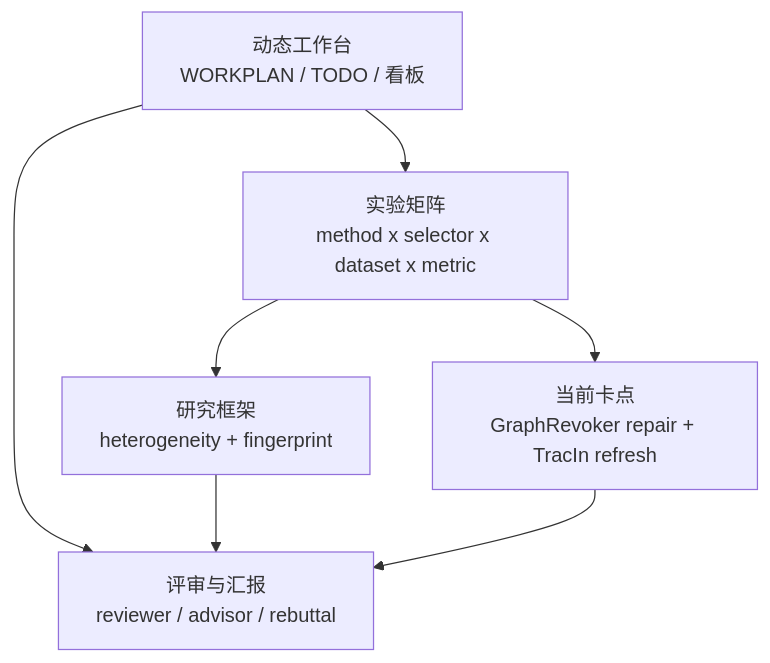
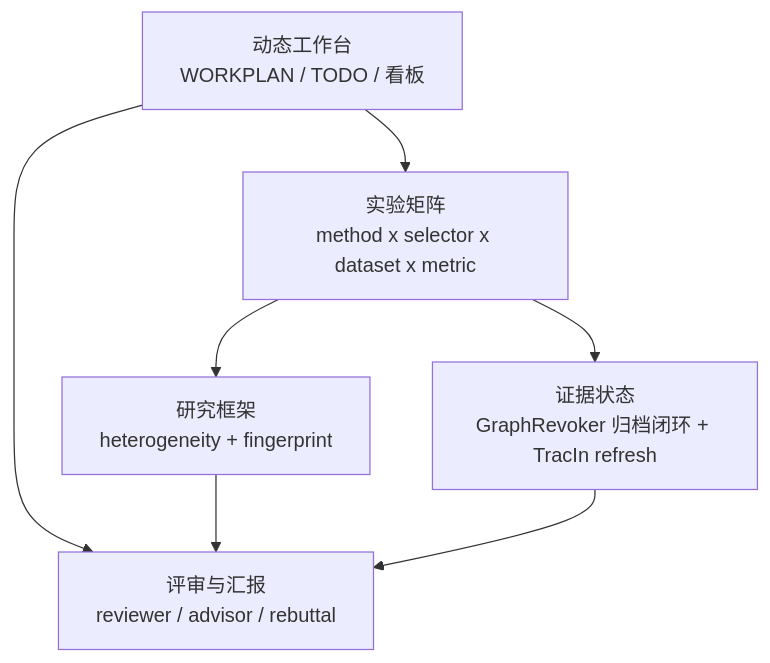
Before and after one commit to lelelelelelelelelelelelele/OpenGU: the diagram in GULib-master/文档规划/_文档地图.md, drawn with Mermaid. The commit also changed other lines of this file and 37 other files, not shown here.

Commit message:
docs(graphrevoker): close repair evidence and retire runbooks

````diff
--- a/GULib-master/文档规划/_文档地图.md
+++ b/GULib-master/文档规划/_文档地图.md
@@ -31,15 +31,15 @@
 ```mermaid
 flowchart TD
   A[动态工作台<br/>WORKPLAN / TODO / 看板]
   B[实验矩阵<br/>method x selector x dataset x metric]
   C[研究框架<br/>heterogeneity + fingerprint]
-  D[当前卡点<br/>GraphRevoker repair + TracIn refresh]
+  D[证据状态<br/>GraphRevoker 归档闭环 + TracIn refresh]
   E[评审与汇报<br/>reviewer / advisor / rebuttal]
 
   A --> B
   A --> E
   B --> C
   B --> D
   C --> E
   D --> E
 ```
````
